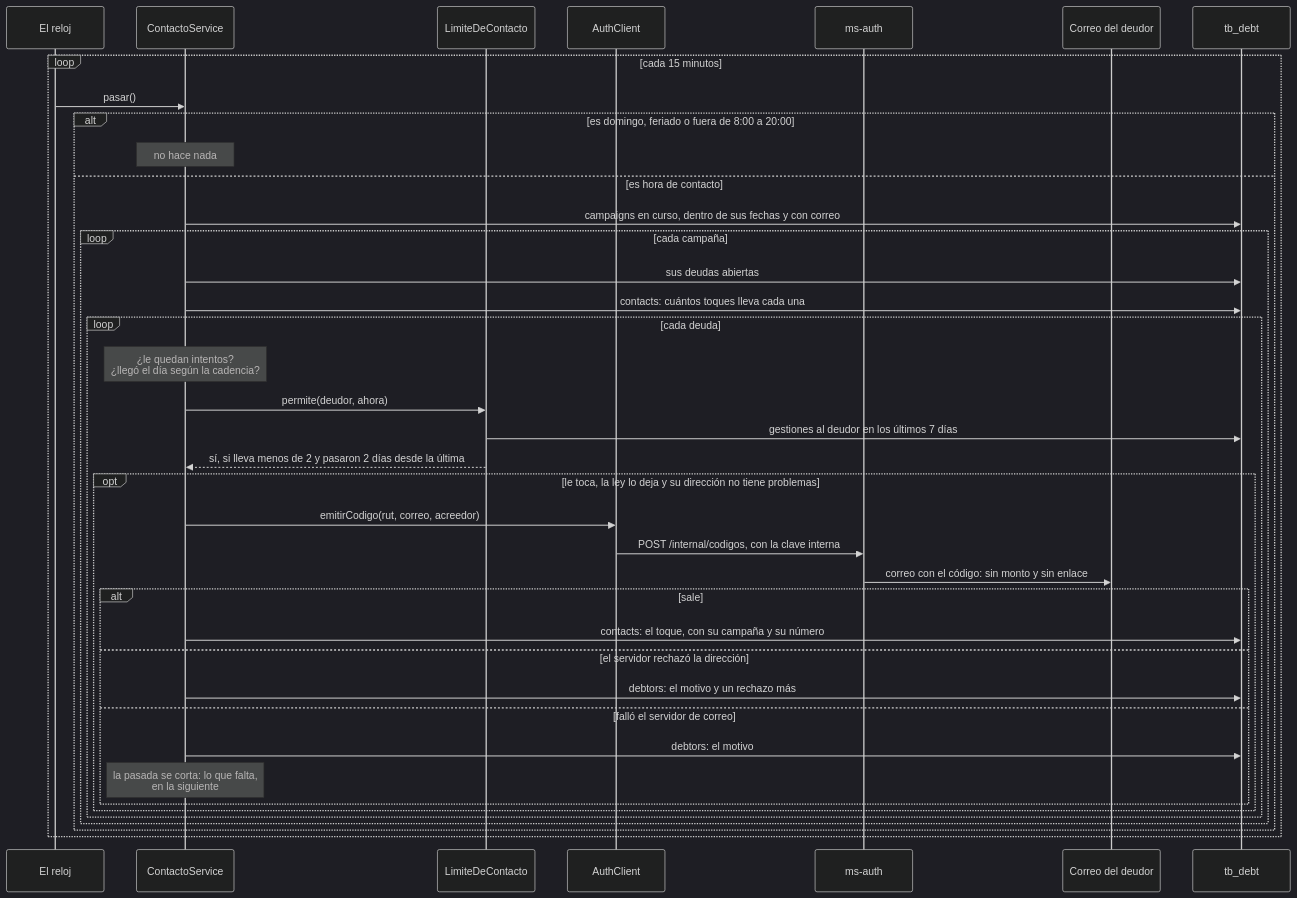
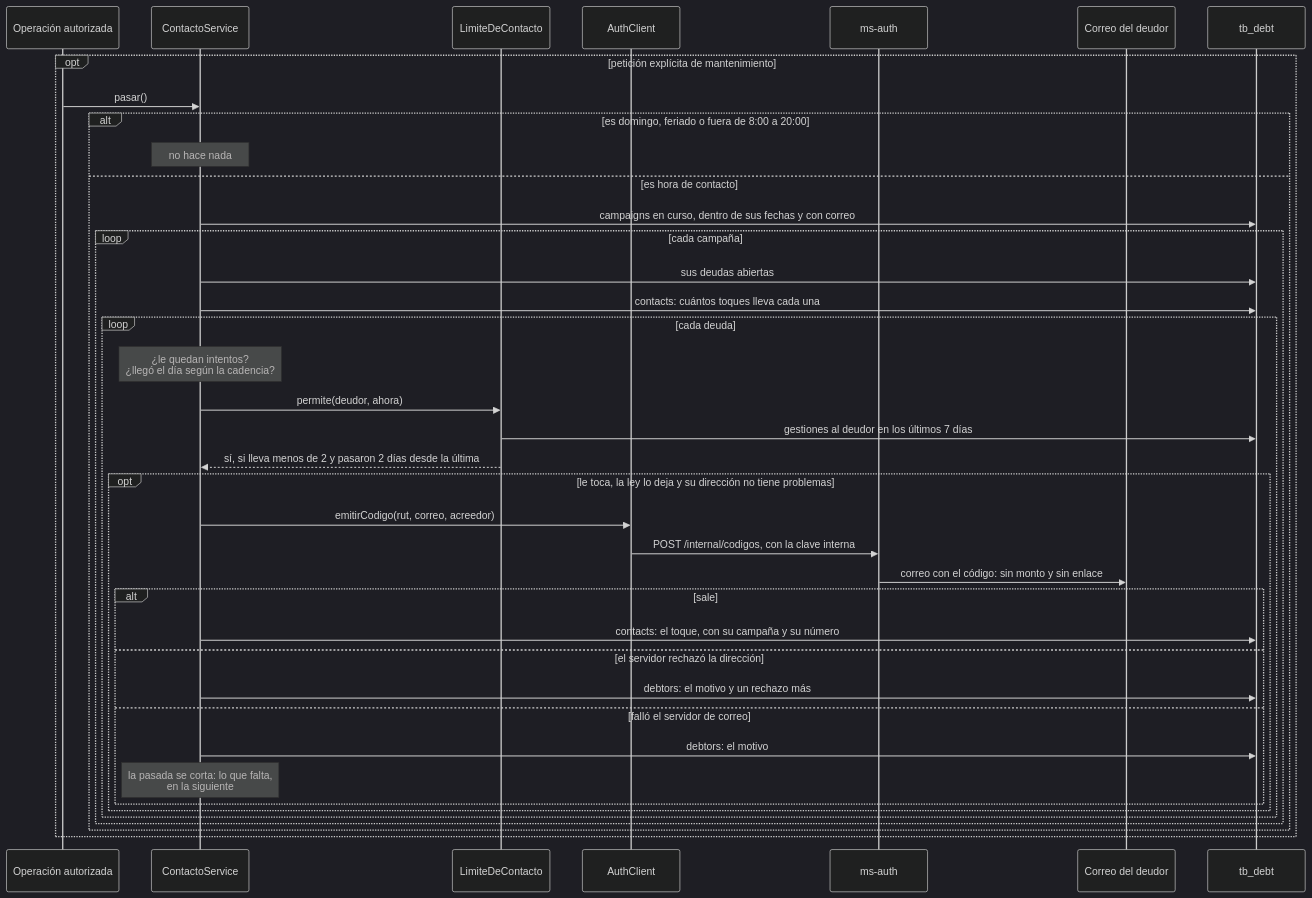
Before and after one commit to TechnicalBridge/DataBridge: the tenth of 16 diagrams in docs/diagramas/secuencia.md, drawn with Mermaid (dark theme). The commit also changed other lines of this file and 63 other files, not shown here.

````diff
--- a/docs/diagramas/secuencia.md
+++ b/docs/diagramas/secuencia.md
@@ -574,42 +552,42 @@
 ```mermaid
 sequenceDiagram
-    participant R as El reloj
+    participant R as Operación autorizada
     participant CS as ContactoService
     participant LC as LimiteDeContacto
     participant AC as AuthClient
     participant AU as ms-auth
     participant C as Correo del deudor
     participant B as tb_debt
 
-    loop cada 15 minutos
+    opt petición explícita de mantenimiento
         R->>CS: pasar()
         alt es domingo, feriado o fuera de 8:00 a 20:00
             Note over CS: no hace nada
         else es hora de contacto
             CS->>B: campaigns en curso, dentro de sus fechas y con correo
             loop cada campaña
                 CS->>B: sus deudas abiertas
                 CS->>B: contacts: cuántos toques lleva cada una
                 loop cada deuda
                     Note over CS: ¿le quedan intentos?<br/>¿llegó el día según la cadencia?
                     CS->>LC: permite(deudor, ahora)
                     LC->>B: gestiones al deudor en los últimos 7 días
                     LC-->>CS: sí, si lleva menos de 2 y pasaron 2 días desde la última
                     opt le toca, la ley lo deja y su dirección no tiene problemas
                         CS->>AC: emitirCodigo(rut, correo, acreedor)
                         AC->>AU: POST /internal/codigos, con la clave interna
                         AU->>C: correo con el código: sin monto y sin enlace
                         alt sale
                             CS->>B: contacts: el toque, con su campaña y su número
                         else el servidor rechazó la dirección
                             CS->>B: debtors: el motivo y un rechazo más
                         else falló el servidor de correo
                             CS->>B: debtors: el motivo
                             Note over CS: la pasada se corta: lo que falta,<br/>en la siguiente
                         end
                     end
                 end
             end
         end
     end
 ```
````
